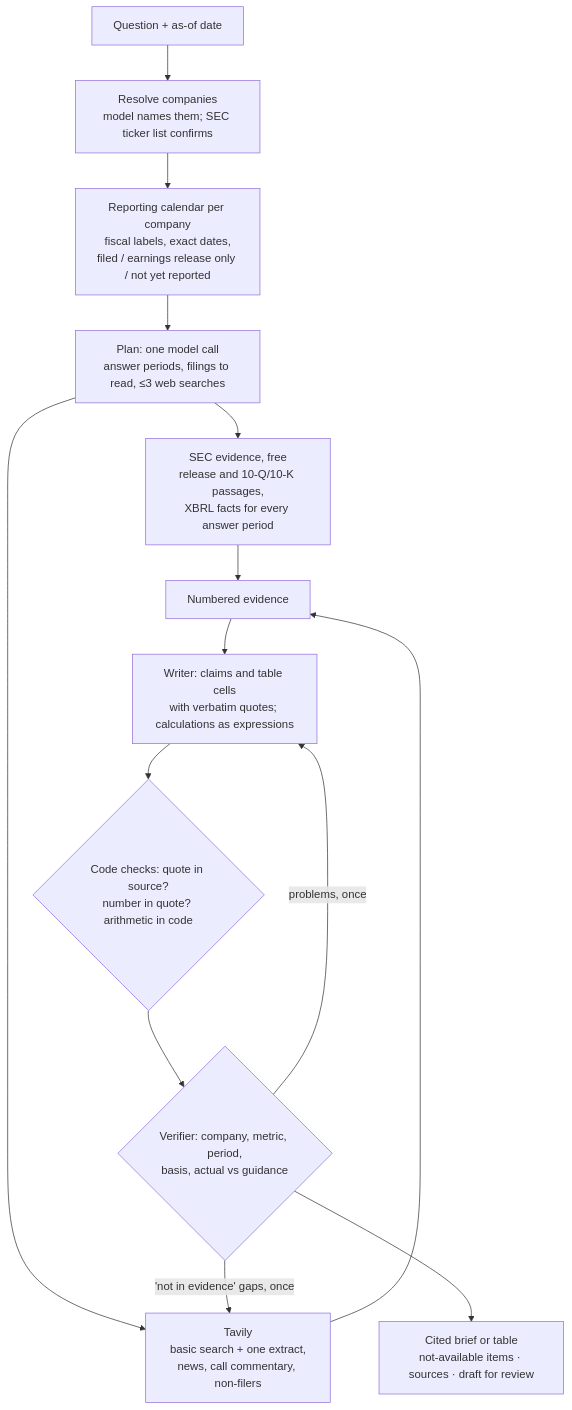
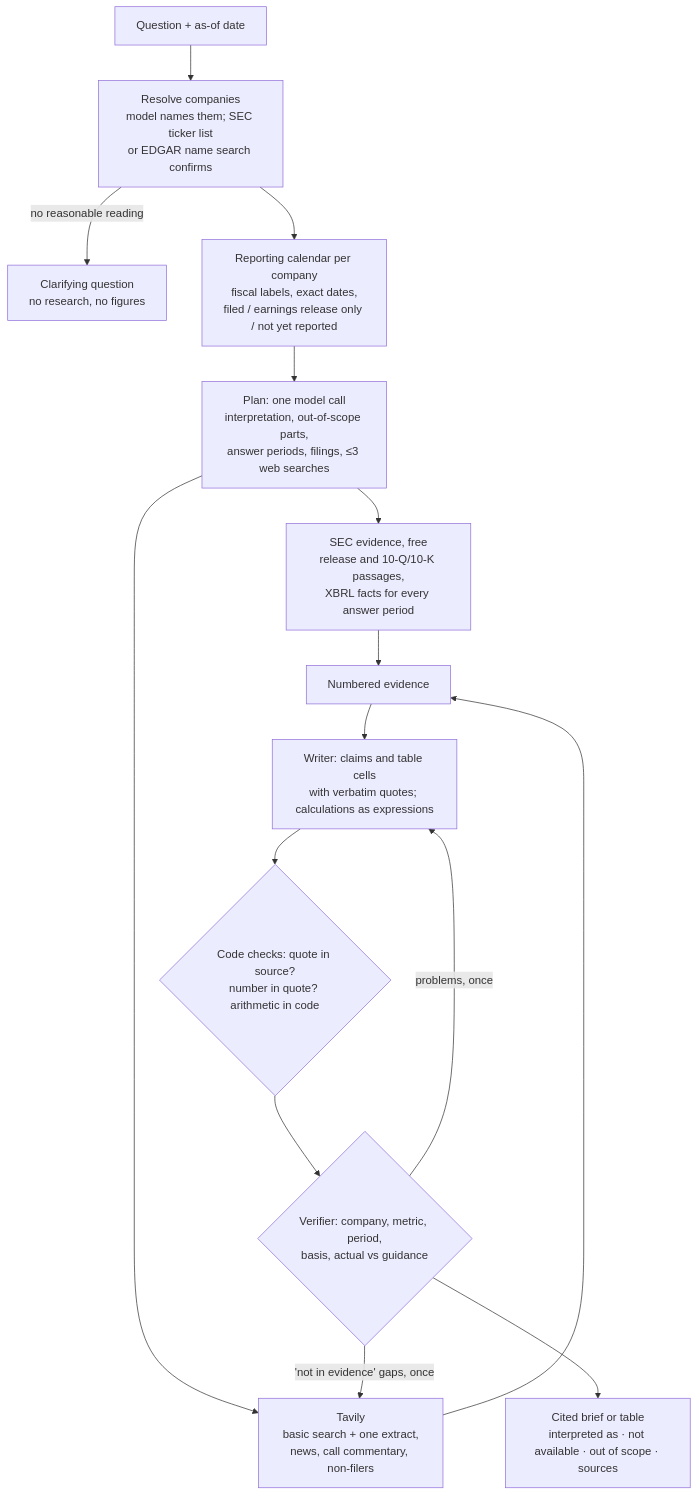
The diagram in README.md (laasyaaprasad/financial-research-agent), drawn with Mermaid before and after one commit. The commit also changed other lines of this file and 2 other files, not shown here.

````diff
--- a/README.md
+++ b/README.md
@@ -61,16 +61,17 @@
 ```mermaid
 flowchart TD
-    Q[Question + as-of date] --> R[Resolve companies<br/>model names them; SEC ticker list confirms]
+    Q[Question + as-of date] --> R[Resolve companies<br/>model names them; SEC ticker list<br/>or EDGAR name search confirms]
+    R -- no reasonable reading --> X[Clarifying question<br/>no research, no figures]
     R --> C[Reporting calendar per company<br/>fiscal labels, exact dates,<br/>filed / earnings release only / not yet reported]
-    C --> P[Plan: one model call<br/>answer periods, filings to read, ≤3 web searches]
+    C --> P[Plan: one model call<br/>interpretation, out-of-scope parts,<br/>answer periods, filings, ≤3 web searches]
     P --> S[SEC evidence, free<br/>release and 10-Q/10-K passages,<br/>XBRL facts for every answer period]
     P --> W[Tavily<br/>basic search + one extract,<br/>news, call commentary, non-filers]
     S --> E[Numbered evidence]
     W --> E
     E --> D[Writer: claims and table cells<br/>with verbatim quotes; calculations as expressions]
     D --> K{Code checks: quote in source?<br/>number in quote? arithmetic in code}
     K --> V{Verifier: company, metric, period,<br/>basis, actual vs guidance}
     V -- problems, once --> D
     V -- 'not in evidence' gaps, once --> W
-    V --> B[Cited brief or table<br/>not-available items · sources · draft for review]
+    V --> B[Cited brief or table<br/>interpreted as · not available · out of scope · sources]
 ```
````
